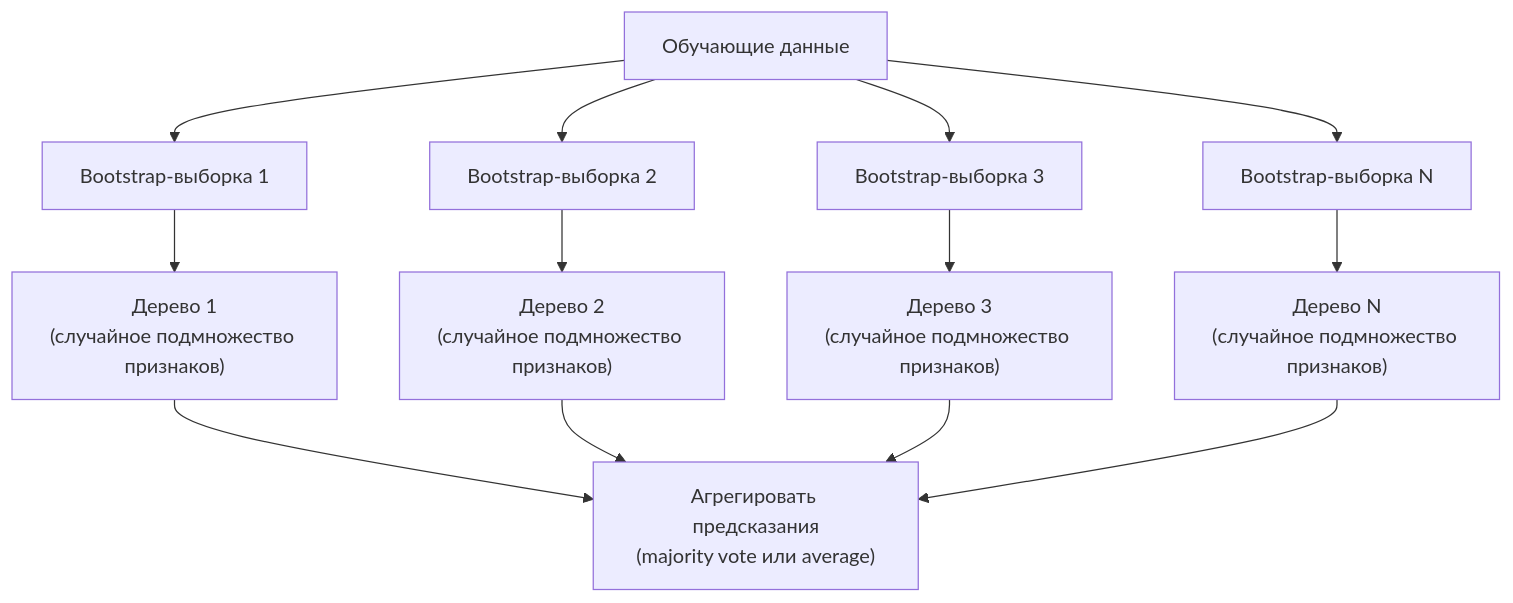
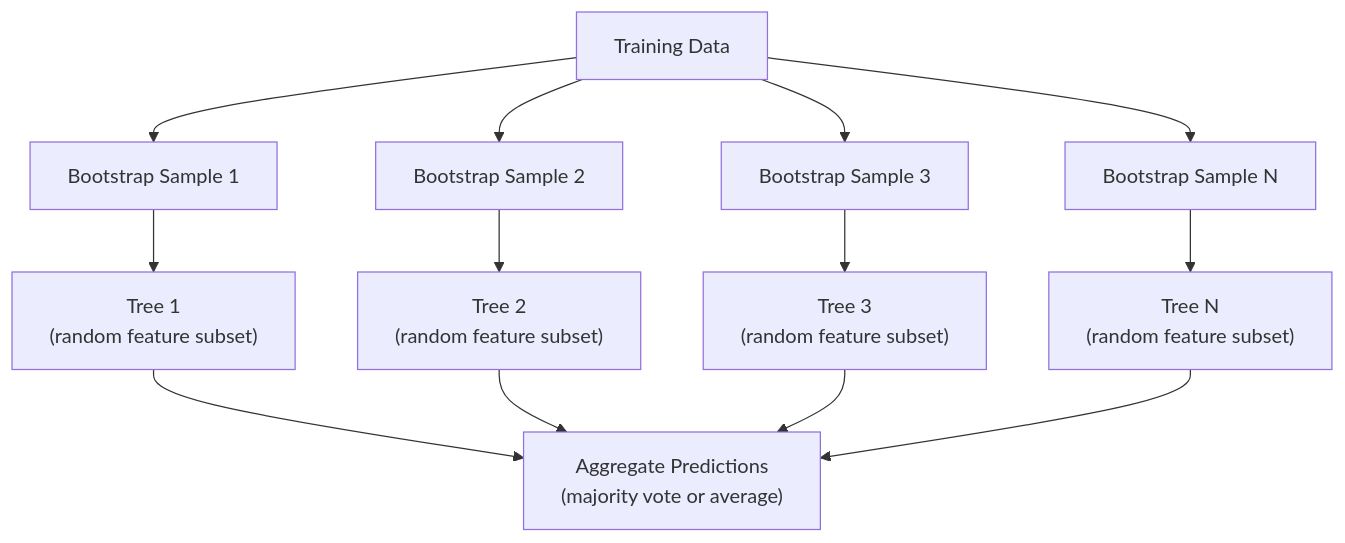
The second of 2 diagrams in phases/02-ml-fundamentals/04-decision-trees/docs/ru.md (stabuev/ai-engineering-from-scratch), drawn with Mermaid before and after one commit. The commit also changed other lines of this file and 182 other files, not shown here.

````diff
--- a/phases/02-ml-fundamentals/04-decision-trees/docs/ru.md
+++ b/phases/02-ml-fundamentals/04-decision-trees/docs/ru.md
@@ -138,15 +138,15 @@
 ```mermaid
 graph TD
-    D["Обучающие данные"] --> B1["Bootstrap-выборка 1"]
-    D --> B2["Bootstrap-выборка 2"]
-    D --> B3["Bootstrap-выборка 3"]
-    D --> BN["Bootstrap-выборка N"]
-    B1 --> T1["Дерево 1<br>(случайное подмножество признаков)"]
-    B2 --> T2["Дерево 2<br>(случайное подмножество признаков)"]
-    B3 --> T3["Дерево 3<br>(случайное подмножество признаков)"]
-    BN --> TN["Дерево N<br>(случайное подмножество признаков)"]
-    T1 --> V["Агрегировать предсказания<br>(majority vote или average)"]
+    D["Training Data"] --> B1["Bootstrap Sample 1"]
+    D --> B2["Bootstrap Sample 2"]
+    D --> B3["Bootstrap Sample 3"]
+    D --> BN["Bootstrap Sample N"]
+    B1 --> T1["Tree 1<br>(random feature subset)"]
+    B2 --> T2["Tree 2<br>(random feature subset)"]
+    B3 --> T3["Tree 3<br>(random feature subset)"]
+    BN --> TN["Tree N<br>(random feature subset)"]
+    T1 --> V["Aggregate Predictions<br>(majority vote or average)"]
     T2 --> V
     T3 --> V
     TN --> V
 ```
````
